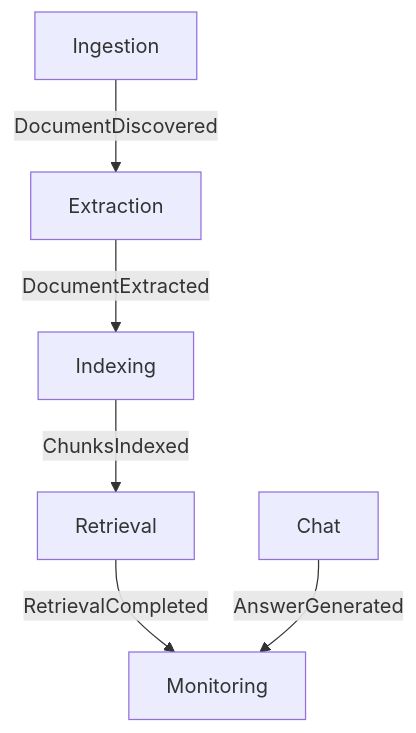
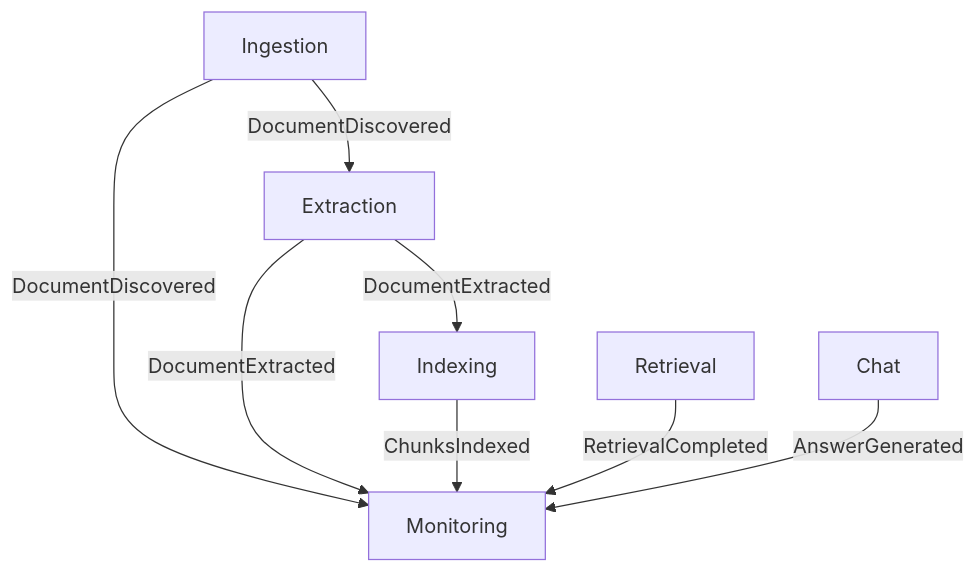
One commit to Rickycg21/MARP.Guide.Y3 changed the diagram in docs/events.md. Above: the diagram before and after it, drawn with Mermaid. The commit also changed other lines of this file, not shown here.

Commit message:
Update events.md so that Monitoring consumes all events and Retrieval doesn't consume ChunksIndexed anymore

````diff
--- a/docs/events.md
+++ b/docs/events.md
@@ -162,8 +162,10 @@
 ```mermaid
 flowchart TD
   I[Ingestion] -->|DocumentDiscovered| E[Extraction]
+  I[Ingestion] -->|DocumentDiscovered| M[Monitoring]
   E -->|DocumentExtracted| X[Indexing]
-  X -->|ChunksIndexed| R[Retrieval]
-  R -->|RetrievalCompleted| M[Monitoring]
+  E -->|DocumentExtracted| M
+  X -->|ChunksIndexed| M
+  R[Retrieval] -->|RetrievalCompleted| M
   C[Chat] -->|AnswerGenerated| M
 ```
````
